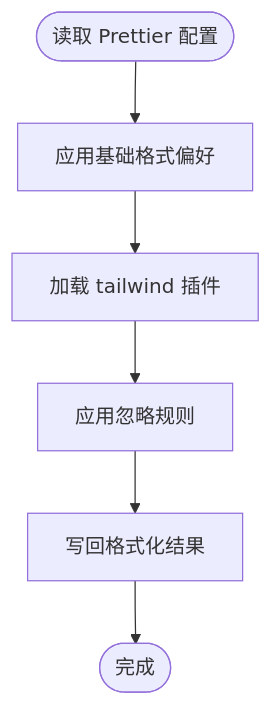
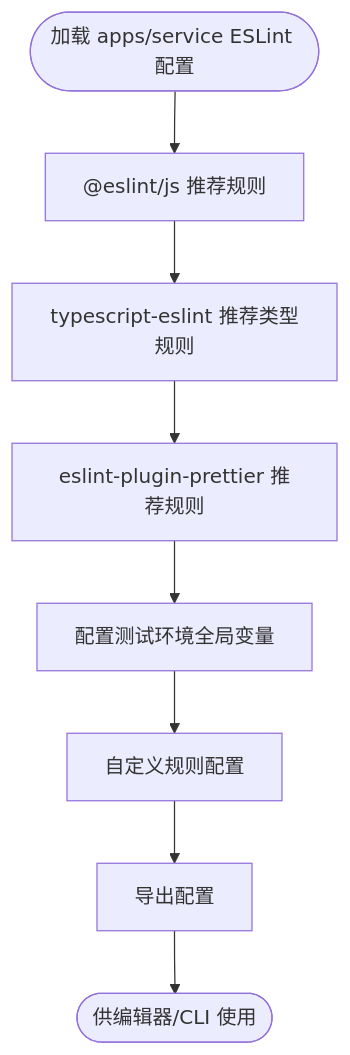
One commit to HAOFUYANG/nextjs-admin changed the fourth of 5 diagrams in .qoder/repowiki/zh/content/开发工具配置.md. Above: the diagram before and after it, drawn with Mermaid. The commit also changed other lines of this file and 6 other files, not shown here.

````diff
--- a/.qoder/repowiki/zh/content/开发工具配置.md
+++ b/.qoder/repowiki/zh/content/开发工具配置.md
@@ -190,8 +257,10 @@
 ```mermaid
 flowchart TD
-Start(["读取 Prettier 配置"]) --> Base["应用基础格式偏好"]
-Base --> Plugin["加载 tailwind 插件"]
-Plugin --> Ignore["应用忽略规则"]
-Ignore --> Write["写回格式化结果"]
-Write --> End(["完成"])
+Start(["加载 apps/service ESLint 配置"]) --> ImportEslint["@eslint/js 推荐规则"]
+ImportEslint --> ImportTS["typescript-eslint 推荐类型规则"]
+ImportTS --> ImportPrettier["eslint-plugin-prettier 推荐规则"]
+ImportPrettier --> Globals["配置测试环境全局变量"]
+Globals --> Rules["自定义规则配置"]
+Rules --> Export["导出配置"]
+Export --> End(["供编辑器/CLI 使用"])
 ```
````
